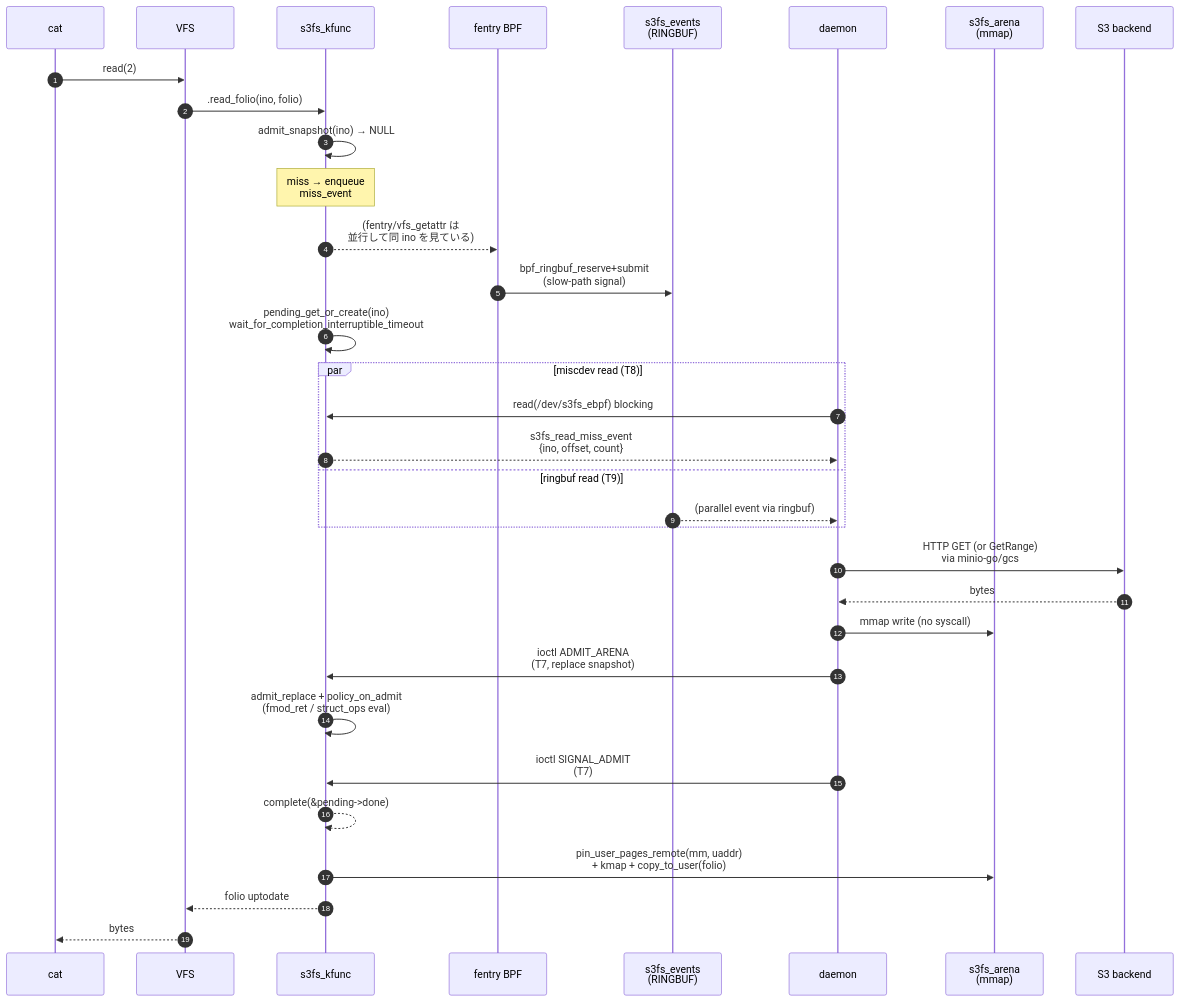
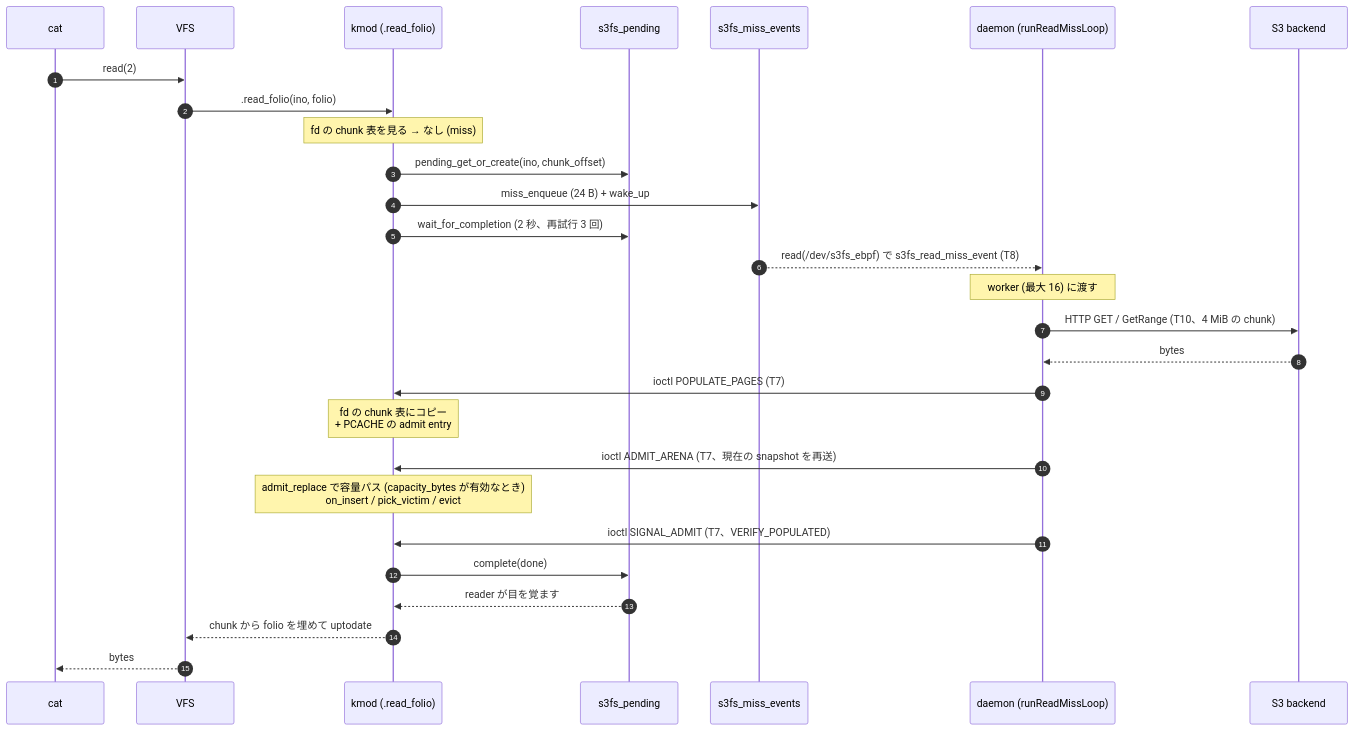
One commit to masu-mi/s3fs-ebpf changed the second of 5 diagrams in docs/design/component-communication.md. Above: the diagram before and after it, drawn with Mermaid. The commit also changed other lines of this file, not shown here.

Commit message:
docs: align component-communication (read miss, flush, evict feedback) with the current pcache-mode code

````diff
--- a/docs/design/component-communication.md
+++ b/docs/design/component-communication.md
@@ -167,36 +167,31 @@
 ```mermaid
 sequenceDiagram
     autonumber
     participant App as cat
     participant VFS as VFS
-    participant Kmod as s3fs_kfunc
-    participant BPF as fentry BPF
-    participant Ring as s3fs_events<br/>(RINGBUF)
-    participant Daemon as daemon
-    participant Arena as s3fs_arena<br/>(mmap)
+    participant Kmod as kmod (.read_folio)
+    participant Pend as s3fs_pending
+    participant MQ as s3fs_miss_events
+    participant Daemon as daemon (runReadMissLoop)
     participant S3 as S3 backend
 
     App->>VFS: read(2)
     VFS->>Kmod: .read_folio(ino, folio)
-    Kmod->>Kmod: admit_snapshot(ino) → NULL
-    Note over Kmod: miss → enqueue<br/>miss_event
-    Kmod-->>BPF: (fentry/vfs_getattr は<br/>並行して同 ino を見ている)
-    BPF->>Ring: bpf_ringbuf_reserve+submit<br/>(slow-path signal)
-    Kmod->>Kmod: pending_get_or_create(ino)<br/>wait_for_completion_interruptible_timeout
-    par miscdev read (T8)
-      Daemon->>Kmod: read(/dev/s3fs_ebpf) blocking
-      Kmod-->>Daemon: s3fs_read_miss_event<br/>{ino, offset, count}
-    and ringbuf read (T9)
-      Ring-->>Daemon: (parallel event via ringbuf)
-    end
-    Daemon->>S3: HTTP GET (or GetRange)<br/>via minio-go/gcs
+    Note over Kmod: fd の chunk 表を見る → なし (miss)
+    Kmod->>Pend: pending_get_or_create(ino, chunk_offset)
+    Kmod->>MQ: miss_enqueue (24 B) + wake_up
+    Kmod->>Pend: wait_for_completion (2 秒、再試行 3 回)
+    MQ-->>Daemon: read(/dev/s3fs_ebpf) で s3fs_read_miss_event (T8)
+    Note over Daemon: worker (最大 16) に渡す
+    Daemon->>S3: HTTP GET / GetRange (T10、4 MiB の chunk)
     S3-->>Daemon: bytes
-    Daemon->>Arena: mmap write (no syscall)
-    Daemon->>Kmod: ioctl ADMIT_ARENA<br/>(T7, replace snapshot)
-    Kmod->>Kmod: admit_replace + policy_on_admit<br/>(fmod_ret / struct_ops eval)
-    Daemon->>Kmod: ioctl SIGNAL_ADMIT<br/>(T7)
-    Kmod-->>Kmod: complete(&pending->done)
-    Kmod->>Arena: pin_user_pages_remote(mm, uaddr)<br/>+ kmap + copy_to_user(folio)
-    Kmod-->>VFS: folio uptodate
+    Daemon->>Kmod: ioctl POPULATE_PAGES (T7)
+    Note over Kmod: fd の chunk 表にコピー<br/>+ PCACHE の admit entry
+    Daemon->>Kmod: ioctl ADMIT_ARENA (T7、現在の snapshot を再送)
+    Note over Kmod: admit_replace で容量パス (capacity_bytes が有効なとき)<br/>on_insert / pick_victim / evict
+    Daemon->>Kmod: ioctl SIGNAL_ADMIT (T7、VERIFY_POPULATED)
+    Kmod->>Pend: complete(done)
+    Pend-->>Kmod: reader が目を覚ます
+    Kmod-->>VFS: chunk から folio を埋めて uptodate
     VFS-->>App: bytes
 ```
````
